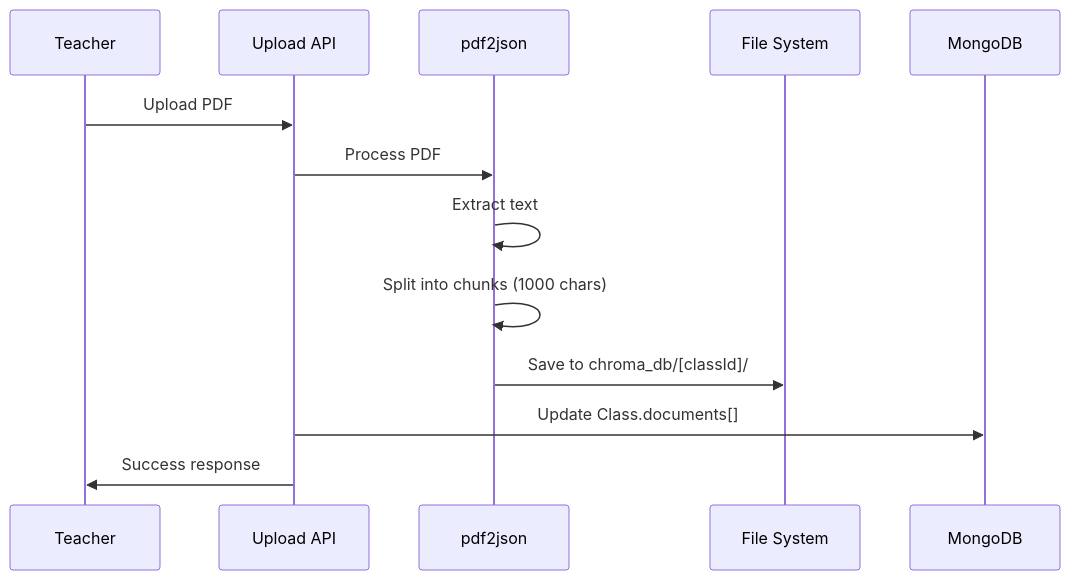
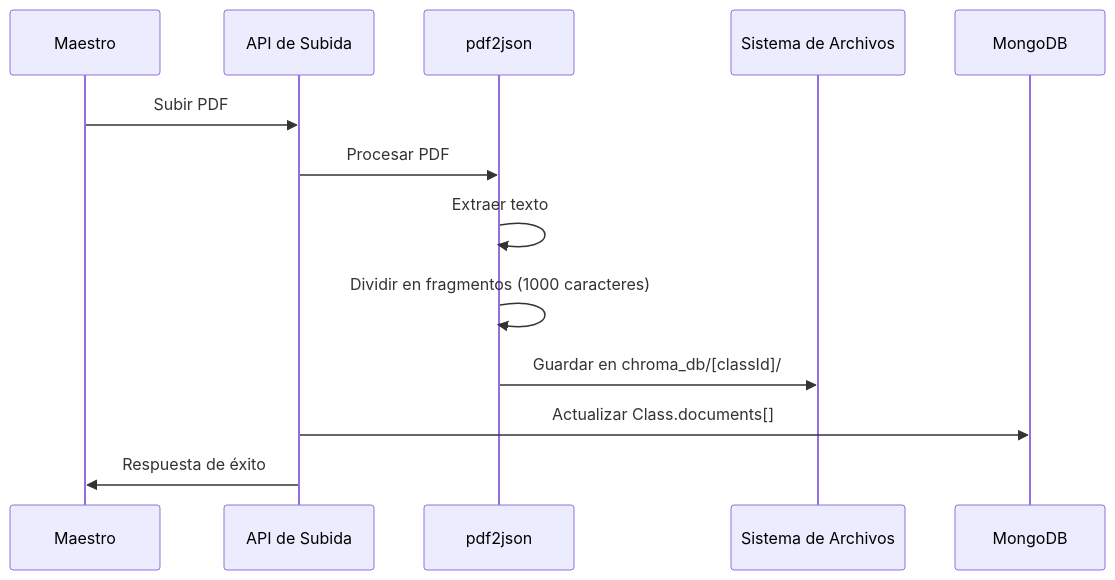
The second of 5 diagrams in ARQUITECTURA.md (olired2/chatbot), drawn with Mermaid before and after one commit. The commit also changed other lines of this file and 8 other files, not shown here.

Commit message:
docs: actualizacion de toda la documentacion al español, creacion de roadmap y limpieza

````diff
--- a/ARQUITECTURA.md
+++ b/ARQUITECTURA.md
@@ -270,16 +269,16 @@
 ```mermaid
 sequenceDiagram
-    participant T as Teacher
-    participant API as Upload API
+    participant M as Maestro
+    participant API as API de Subida
     participant PDF as pdf2json
-    participant FS as File System
+    participant FS as Sistema de Archivos
     participant DB as MongoDB
     
-    T->>API: Upload PDF
-    API->>PDF: Process PDF
-    PDF->>PDF: Extract text
-    PDF->>PDF: Split into chunks (1000 chars)
-    PDF->>FS: Save to chroma_db/[classId]/
-    API->>DB: Update Class.documents[]
-    API->>T: Success response
+    M->>API: Subir PDF
+    API->>PDF: Procesar PDF
+    PDF->>PDF: Extraer texto
+    PDF->>PDF: Dividir en fragmentos (1000 caracteres)
+    PDF->>FS: Guardar en chroma_db/[classId]/
+    API->>DB: Actualizar Class.documents[]
+    API->>M: Respuesta de éxito
 ```
````
